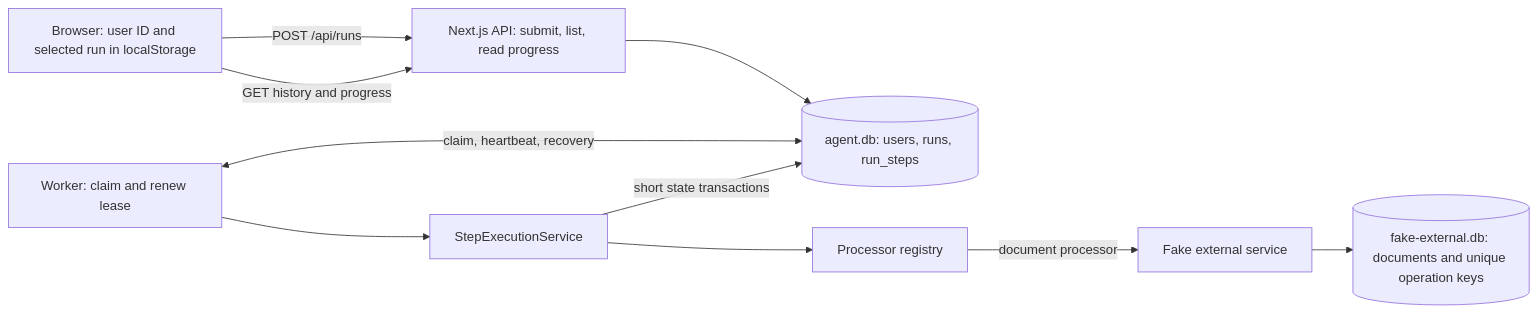
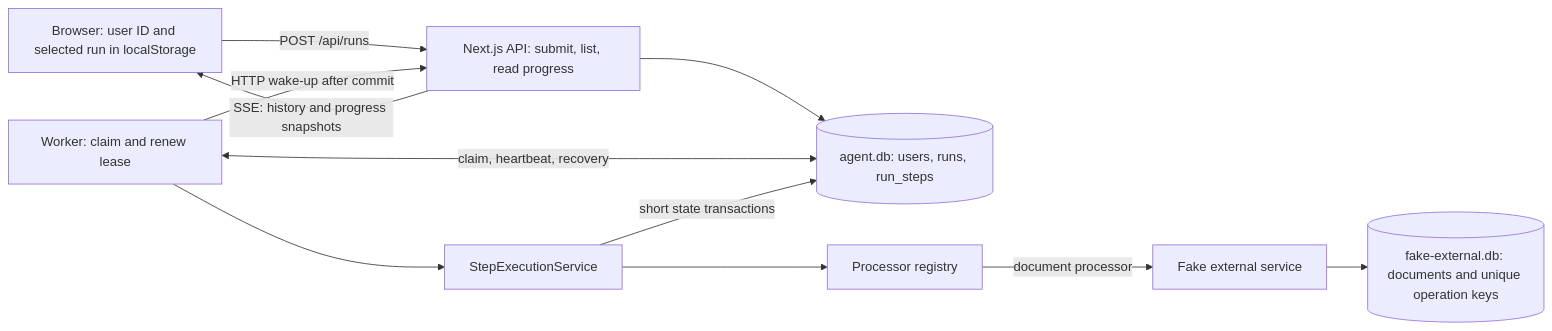
Before and after one commit to arturians/langdock-agent-tasks: the diagram in DESIGN.md, drawn with Mermaid. The commit also changed other lines of this file and 13 other files, not shown here.

Commit message:
feat: push worker updates to clients over SSE

````diff
--- a/DESIGN.md
+++ b/DESIGN.md
@@ -10,20 +10,21 @@
 ```mermaid
 flowchart LR
     Browser["Browser: user ID and selected run in localStorage"]
     API["Next.js API: submit, list, read progress"]
     DB[("agent.db: users, runs, run_steps")]
     Worker["Worker: claim and renew lease"]
     Service["StepExecutionService"]
     Registry["Processor registry"]
     External["Fake external service"]
     ExternalDB[("fake-external.db: documents and unique operation keys")]
     Browser -->|"POST /api/runs"| API
-    Browser -->|"GET history and progress"| API
+    API -->|"SSE: history and progress snapshots"| Browser
+    Worker -->|"HTTP wake-up after commit"| API
     API --> DB
     Worker <-->|"claim, heartbeat, recovery"| DB
     Worker --> Service
     Service --> Registry
     Service -->|"short state transactions"| DB
     Registry -->|"document processor"| External
     External --> ExternalDB
 ```
````
